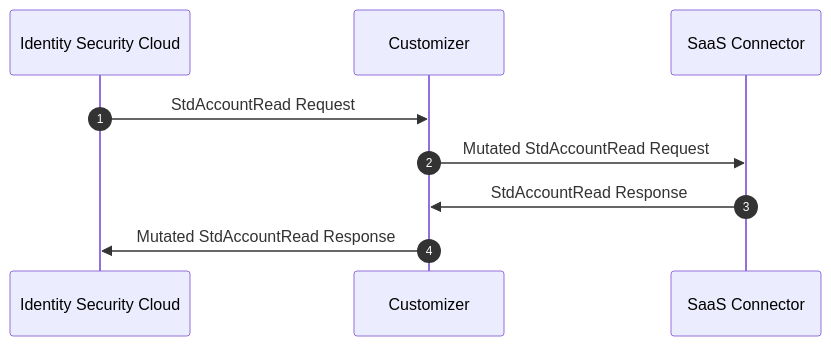
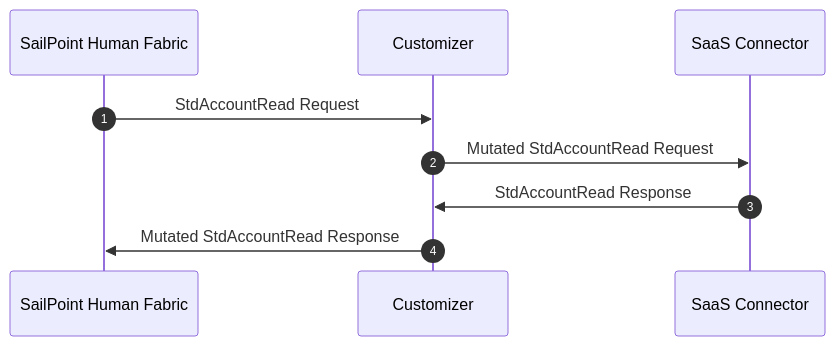
The diagram in docs/connectivity/saas-connectivity/connector-customizers/index.md (sailpoint-oss/developer.sailpoint.com), drawn with Mermaid before and after one commit. The commit also changed other lines of this file and 149 other files, not shown here.

````diff
--- a/docs/connectivity/saas-connectivity/connector-customizers/index.md
+++ b/docs/connectivity/saas-connectivity/connector-customizers/index.md
@@ -30,13 +30,13 @@
 ```mermaid
 sequenceDiagram
     autonumber
-    participant ISC as Identity Security Cloud
+    participant SHF as SailPoint Human Fabric
     participant CUS as Customizer
     participant CON as SaaS Connector
 
-    ISC->>CUS: StdAccountRead Request
+    SHF->>CUS: StdAccountRead Request
     CUS->>CON: Mutated StdAccountRead Request
     CON->>CUS: StdAccountRead Response
-    CUS->>ISC: Mutated StdAccountRead Response
+    CUS->>SHF: Mutated StdAccountRead Response
 
 ```
````
